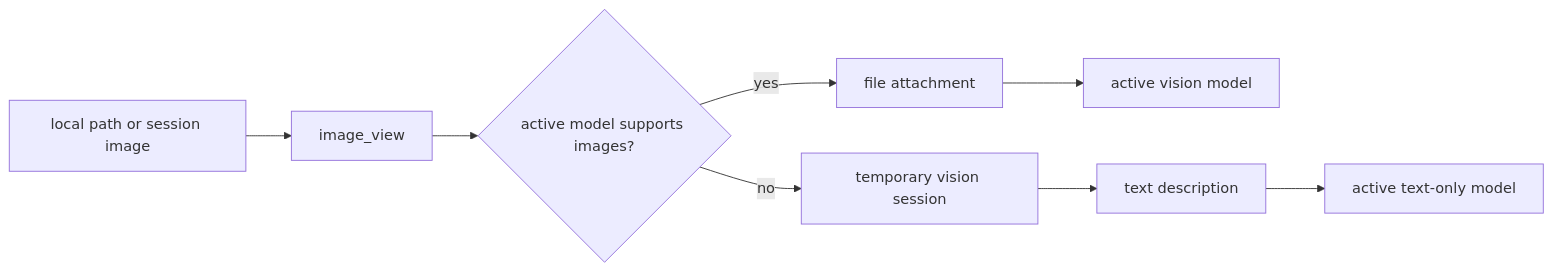
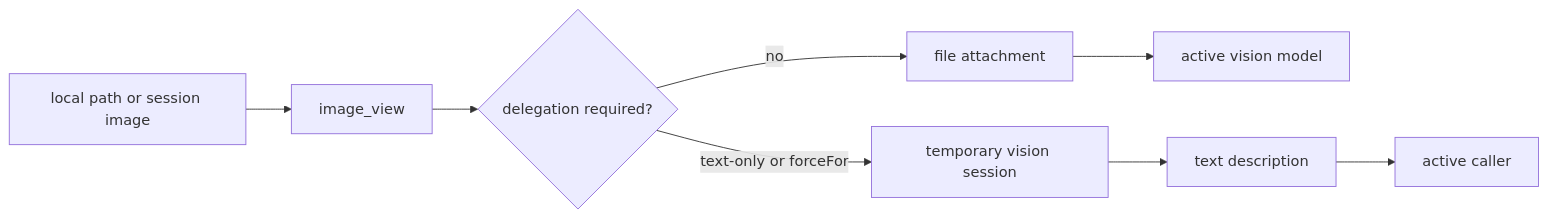
One commit to Krablante/opencode-see changed the diagram in README.md. Above: the diagram before and after it, drawn with Mermaid. The commit also changed other lines of this file and 13 other files, not shown here.

````diff
--- a/README.md
+++ b/README.md
@@ -54,10 +56,10 @@
 ```mermaid
 flowchart LR
   P[local path or session image] --> T[image_view]
-  T --> C{active model supports images?}
-  C -->|yes| A[file attachment]
+  T --> C{delegation required?}
+  C -->|no| A[file attachment]
   A --> M[active vision model]
-  C -->|no| D[temporary vision session]
+  C -->|text-only or forceFor| D[temporary vision session]
   D --> X[text description]
-  X --> N[active text-only model]
+  X --> N[active caller]
 ```
````
